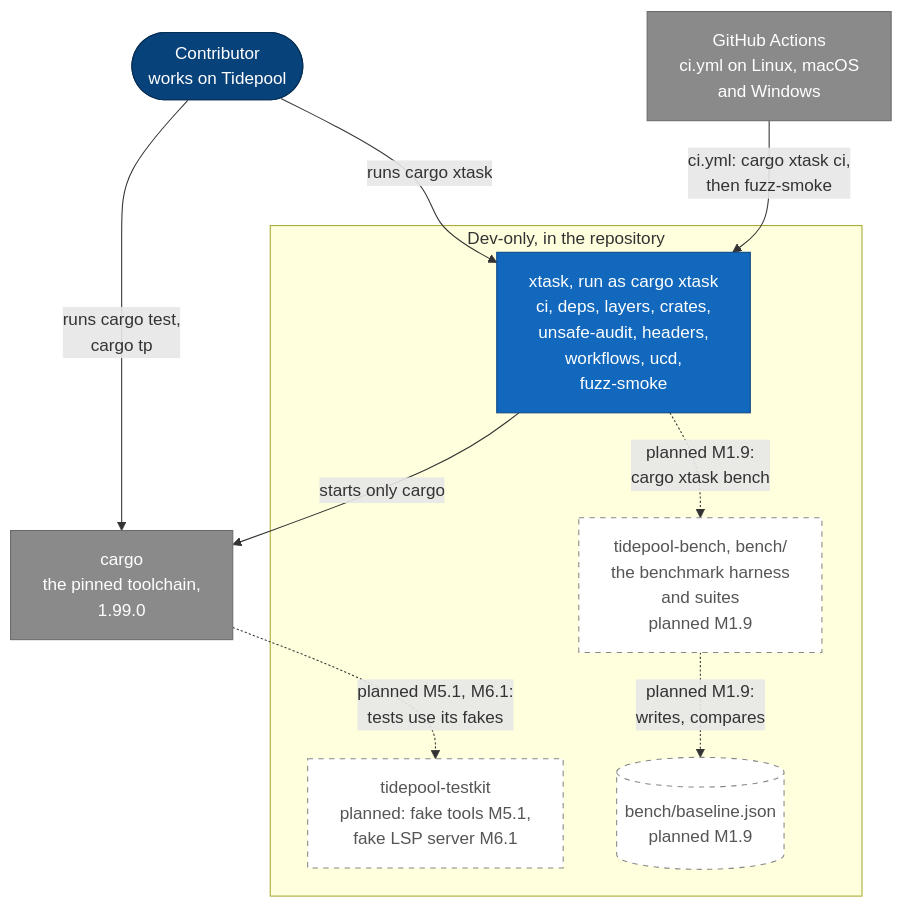
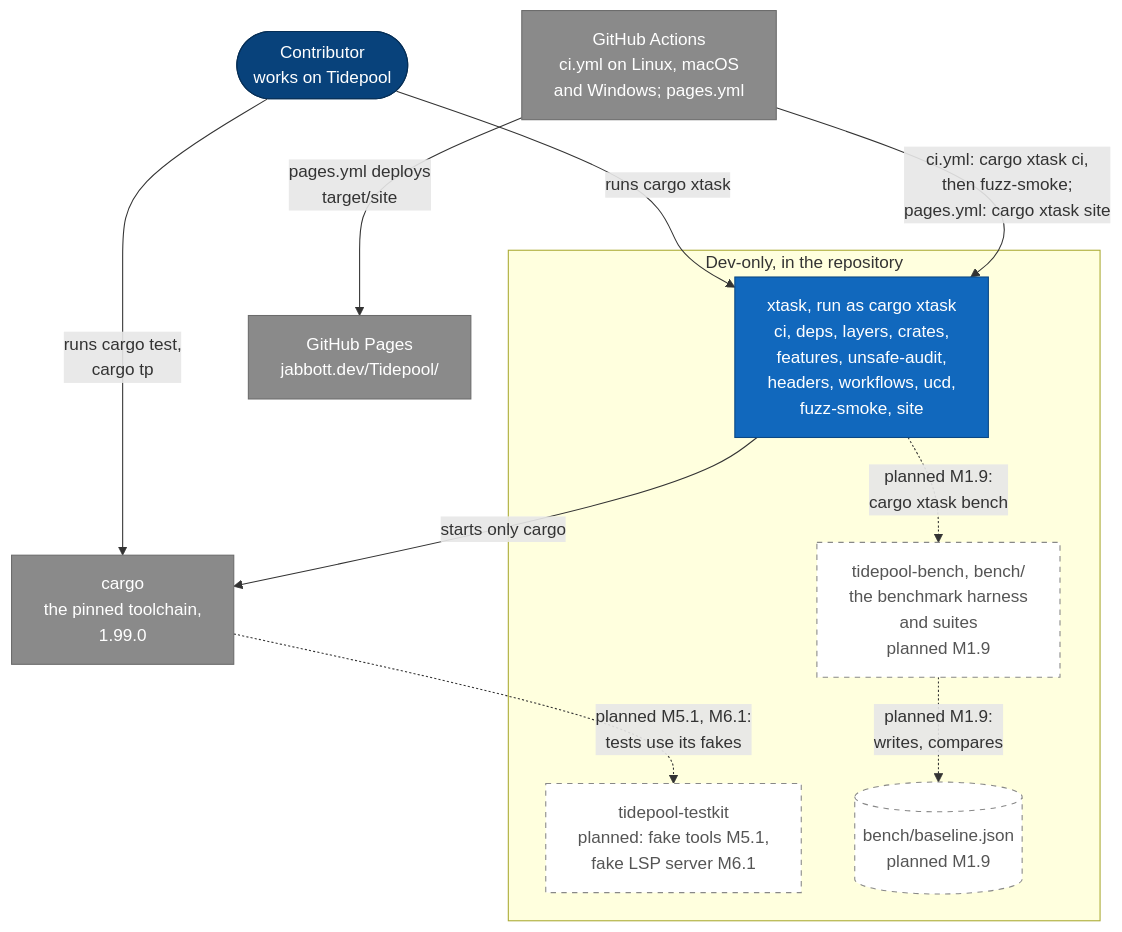
One commit to jabbott-iii/Tidepool changed the fourth of 16 diagrams in diagrams/c4-architecture.md. Above: the diagram before and after it, drawn with Mermaid. The commit also changed other lines of this file and 38 other files, not shown here.

````diff
--- a/diagrams/c4-architecture.md
+++ b/diagrams/c4-architecture.md
@@ -179,31 +184,33 @@
 ```mermaid
 flowchart TB
     p_contrib(["Contributor<br/>works on Tidepool"])
-    e_gha["GitHub Actions<br/>ci.yml on Linux, macOS<br/>and Windows"]
+    e_gha["GitHub Actions<br/>ci.yml on Linux, macOS<br/>and Windows; pages.yml"]
     e_cargo["cargo<br/>the pinned toolchain,<br/>1.99.0"]
+    e_pages["GitHub Pages<br/>jabbott.dev/Tidepool/"]
 
     subgraph b_dev["Dev-only, in the repository"]
-        c_xtask["xtask, run as cargo xtask<br/>ci, deps, layers, crates,<br/>unsafe-audit, headers,<br/>workflows, ucd,<br/>fuzz-smoke"]
+        c_xtask["xtask, run as cargo xtask<br/>ci, deps, layers, crates,<br/>features, unsafe-audit,<br/>headers, workflows, ucd,<br/>fuzz-smoke, site"]
         c_bench["tidepool-bench, bench/<br/>the benchmark harness<br/>and suites<br/>planned M1.9"]
         c_testkit["tidepool-testkit<br/>planned: fake tools M5.1,<br/>fake LSP server M6.1"]
         s_baseline[("bench/baseline.json<br/>planned M1.9")]
     end
 
     p_contrib -->|"runs cargo xtask"| c_xtask
     p_contrib -->|"runs cargo test,<br/>cargo tp"| e_cargo
-    e_gha -->|"ci.yml: cargo xtask ci,<br/>then fuzz-smoke"| c_xtask
+    e_gha -->|"ci.yml: cargo xtask ci,<br/>then fuzz-smoke;<br/>pages.yml: cargo xtask site"| c_xtask
+    e_gha -->|"pages.yml deploys<br/>target/site"| e_pages
     c_xtask -->|"starts only cargo"| e_cargo
     c_xtask -.->|"planned M1.9:<br/>cargo xtask bench"| c_bench
     c_bench -.->|"planned M1.9:<br/>writes, compares"| s_baseline
     e_cargo -.->|"planned M5.1, M6.1:<br/>tests use its fakes"| c_testkit
 
     classDef person fill:#08427b,stroke:#052e56,color:#ffffff
     classDef built fill:#1168bd,stroke:#0b4884,color:#ffffff
     classDef external fill:#8a8a8a,stroke:#6b6b6b,color:#ffffff
     classDef planned fill:#ffffff,stroke:#888888,stroke-dasharray: 5 5,color:#555555
     classDef store fill:#1168bd,stroke:#0b4884,color:#ffffff
     class p_contrib person
     class c_xtask built
     class c_bench,c_testkit,s_baseline planned
-    class e_gha,e_cargo external
+    class e_gha,e_cargo,e_pages external
 ```
````
